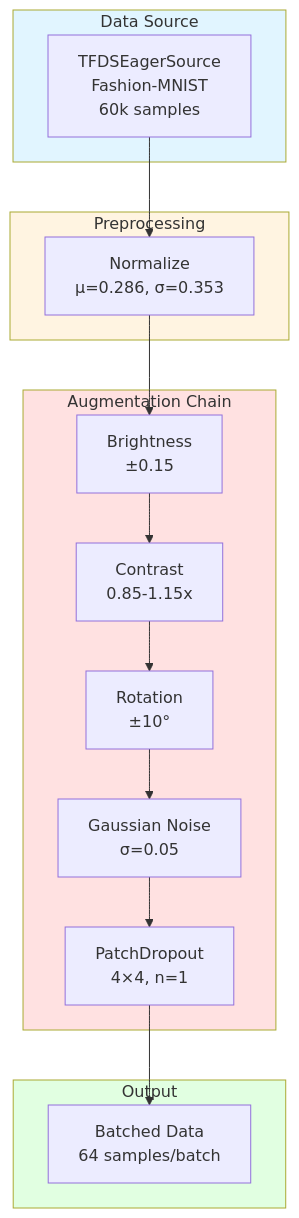
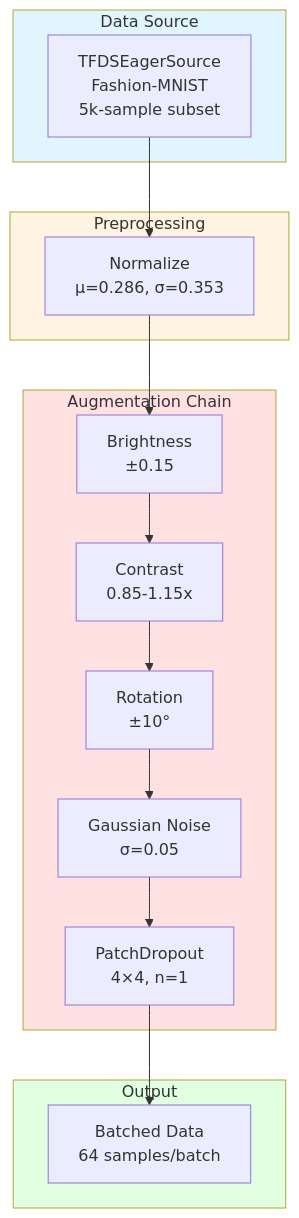
One commit to avitai/datarax changed the diagram in docs/examples/core/fashion-augmentation-tutorial.md. Above: the diagram before and after it, drawn with Mermaid. The commit also changed other lines of this file and 63 other files, not shown here.

````diff
--- a/docs/examples/core/fashion-augmentation-tutorial.md
+++ b/docs/examples/core/fashion-augmentation-tutorial.md
@@ -562,30 +714,30 @@
 ```mermaid
 flowchart TB
     subgraph Source["Data Source"]
-        TFDS[TFDSEagerSource<br/>Fashion-MNIST<br/>60k samples]
+        TFDS[TFDSEagerSource<br/>Fashion-MNIST<br/>5k-sample subset]
     end
 
     subgraph Preprocess["Preprocessing"]
         Norm[Normalize<br/>μ=0.286, σ=0.353]
     end
 
     subgraph Augmentation["Augmentation Chain"]
         Bright[Brightness<br/>±0.15]
         Contrast[Contrast<br/>0.85-1.15x]
         Rot[Rotation<br/>±10°]
         Noise[Gaussian Noise<br/>σ=0.05]
         Patch[PatchDropout<br/>4×4, n=1]
     end
 
     subgraph Output["Output"]
         Batch[Batched Data<br/>64 samples/batch]
     end
 
     TFDS --> Norm
     Norm --> Bright --> Contrast --> Rot --> Noise --> Patch --> Batch
 
     style Source fill:#e1f5ff
     style Preprocess fill:#fff4e1
     style Augmentation fill:#ffe1e1
     style Output fill:#e1ffe1
 ```
````
